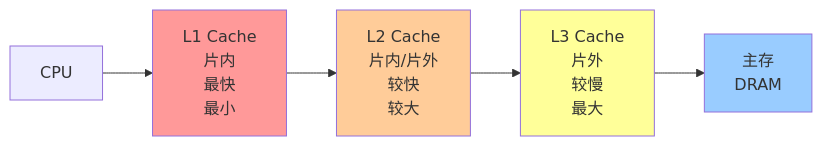
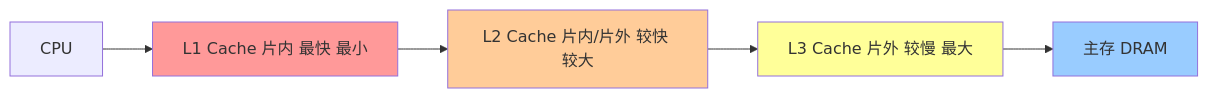
The sixth of 6 diagrams in 计算机组成原理/notes/章节笔记/第3章-存储系统/第3章-3.6-高速缓冲存储器.md (gilismael826-lgtm/course), drawn with Mermaid before and after one commit. The commit also changed other lines of this file and 28 other files, not shown here.

````diff
--- a/计算机组成原理/notes/章节笔记/第3章-存储系统/第3章-3.6-高速缓冲存储器.md
+++ b/计算机组成原理/notes/章节笔记/第3章-存储系统/第3章-3.6-高速缓冲存储器.md
@@ -403,12 +459,12 @@
 ```mermaid
 flowchart LR
-    CPU["CPU"] --> L1["L1 Cache<br/>片内<br/>最快<br/>最小"]
-    L1 --> L2["L2 Cache<br/>片内/片外<br/>较快<br/>较大"]
-    L2 --> L3["L3 Cache<br/>片外<br/>较慢<br/>最大"]
-    L3 --> Main["主存<br/>DRAM"]
+    CPU["CPU"] --> L1["L1 Cache 片内 最快 最小"]
+    L1 --> L2["L2 Cache 片内/片外 较快 较大"]
+    L2 --> L3["L3 Cache 片外 较慢 最大"]
+    L3 --> Main["主存 DRAM"]
     
     style L1 fill:#ff9999
     style L2 fill:#ffcc99
     style L3 fill:#ffff99
     style Main fill:#99ccff
 ```
````
